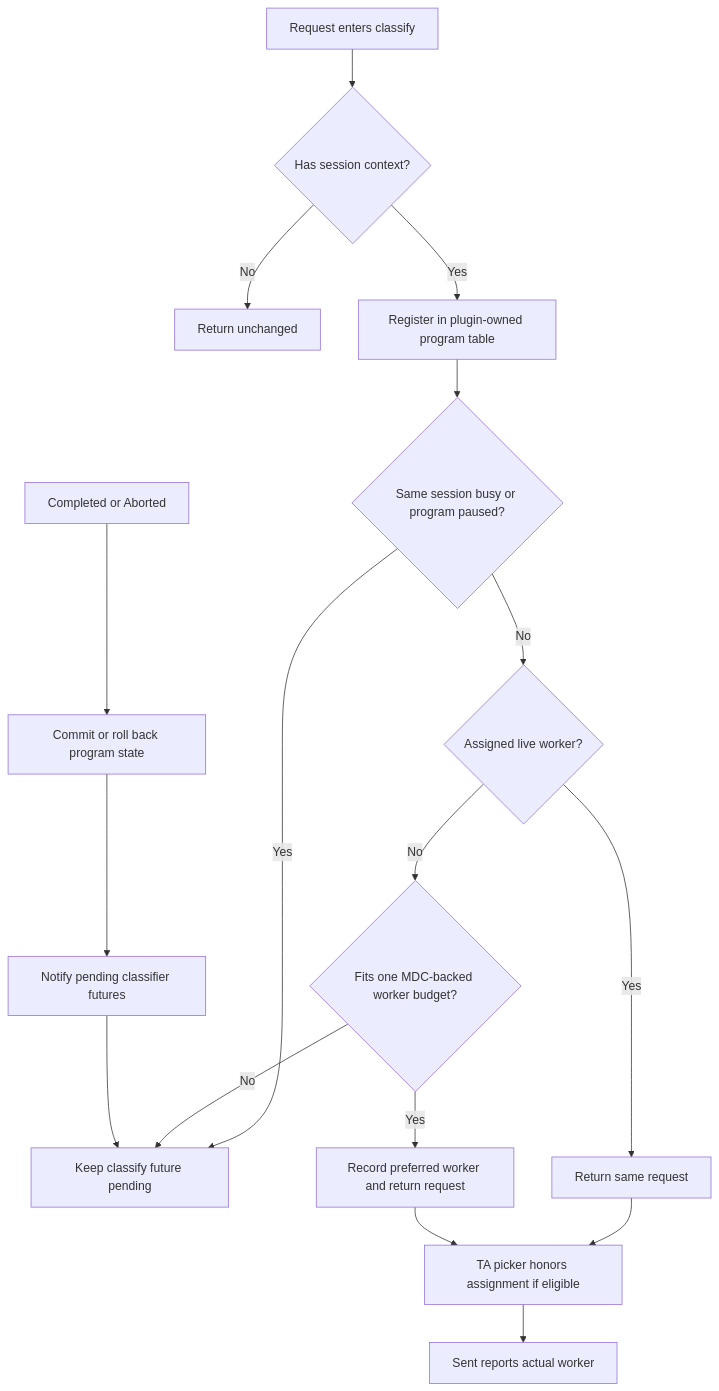
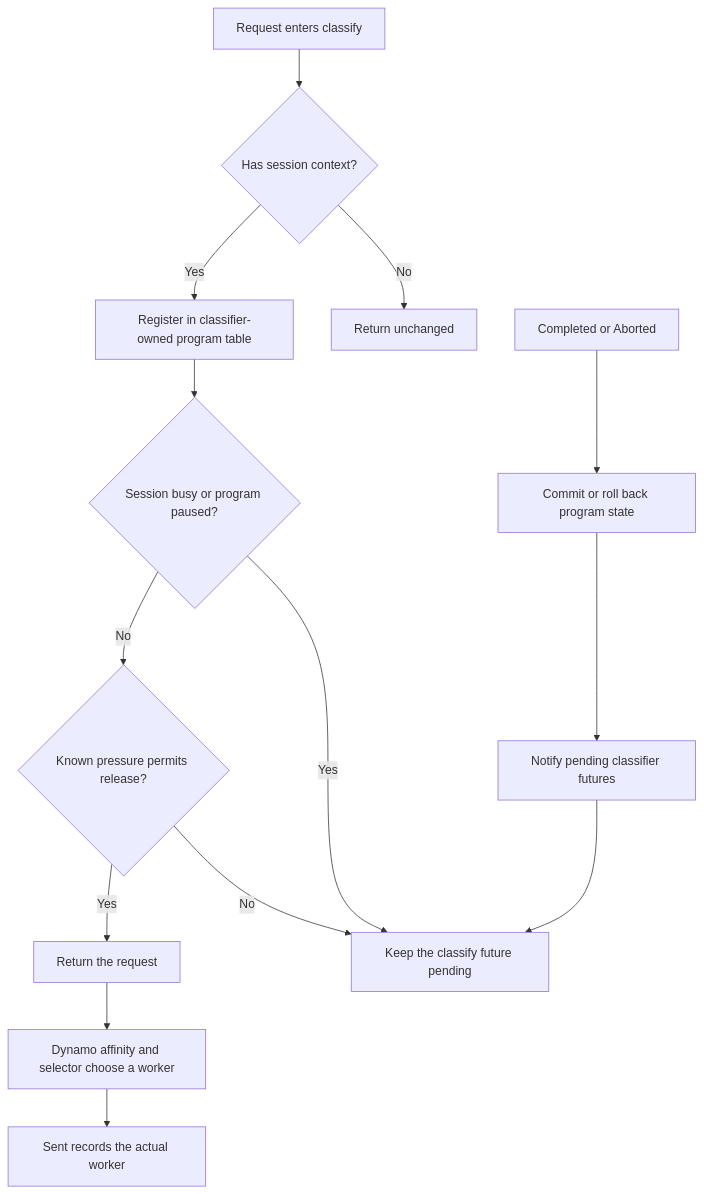
Before and after one commit to ishandhanani/router-sandbox: the diagram in crates/thunderagent/README.md, drawn with Mermaid. The commit also changed other lines of this file and 6 other files, not shown here.

Commit message:
refactor(thunderagent): register classifier plugin

````diff
--- a/crates/thunderagent/README.md
+++ b/crates/thunderagent/README.md
@@ -18,19 +15,16 @@
 ```mermaid
 flowchart TD
     A["Request enters classify"] --> B{"Has session context?"}
     B -- "No" --> C["Return unchanged"]
-    B -- "Yes" --> D["Register in plugin-owned program table"]
-    D --> E{"Same session busy or program paused?"}
-    E -- "Yes" --> F["Keep classify future pending"]
-    E -- "No" --> G{"Assigned live worker?"}
-    G -- "Yes" --> H["Return same request"]
-    G -- "No" --> I{"Fits one MDC-backed worker budget?"}
-    I -- "No" --> F
-    I -- "Yes" --> J["Record preferred worker and return request"]
-    H --> K["TA picker honors assignment if eligible"]
-    J --> K
-    K --> L["Sent reports actual worker"]
-    M["Completed or Aborted"] --> N["Commit or roll back program state"]
-    N --> O["Notify pending classifier futures"]
-    O --> F
+    B -- "Yes" --> D["Register in classifier-owned program table"]
+    D --> E{"Session busy or program paused?"}
+    E -- "Yes" --> F["Keep the classify future pending"]
+    E -- "No" --> G{"Known pressure permits release?"}
+    G -- "No" --> F
+    G -- "Yes" --> H["Return the request"]
+    H --> I["Dynamo affinity and selector choose a worker"]
+    I --> J["Sent records the actual worker"]
+    K["Completed or Aborted"] --> L["Commit or roll back program state"]
+    L --> M["Notify pending classifier futures"]
+    M --> F
 ```
````
